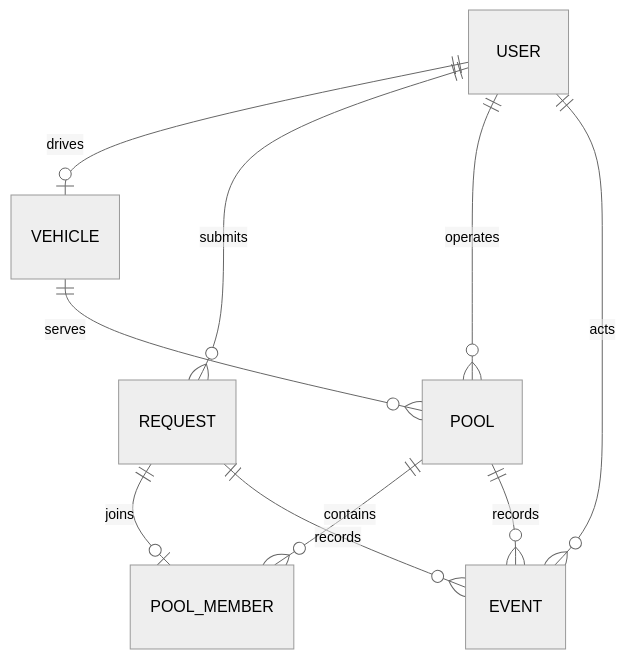
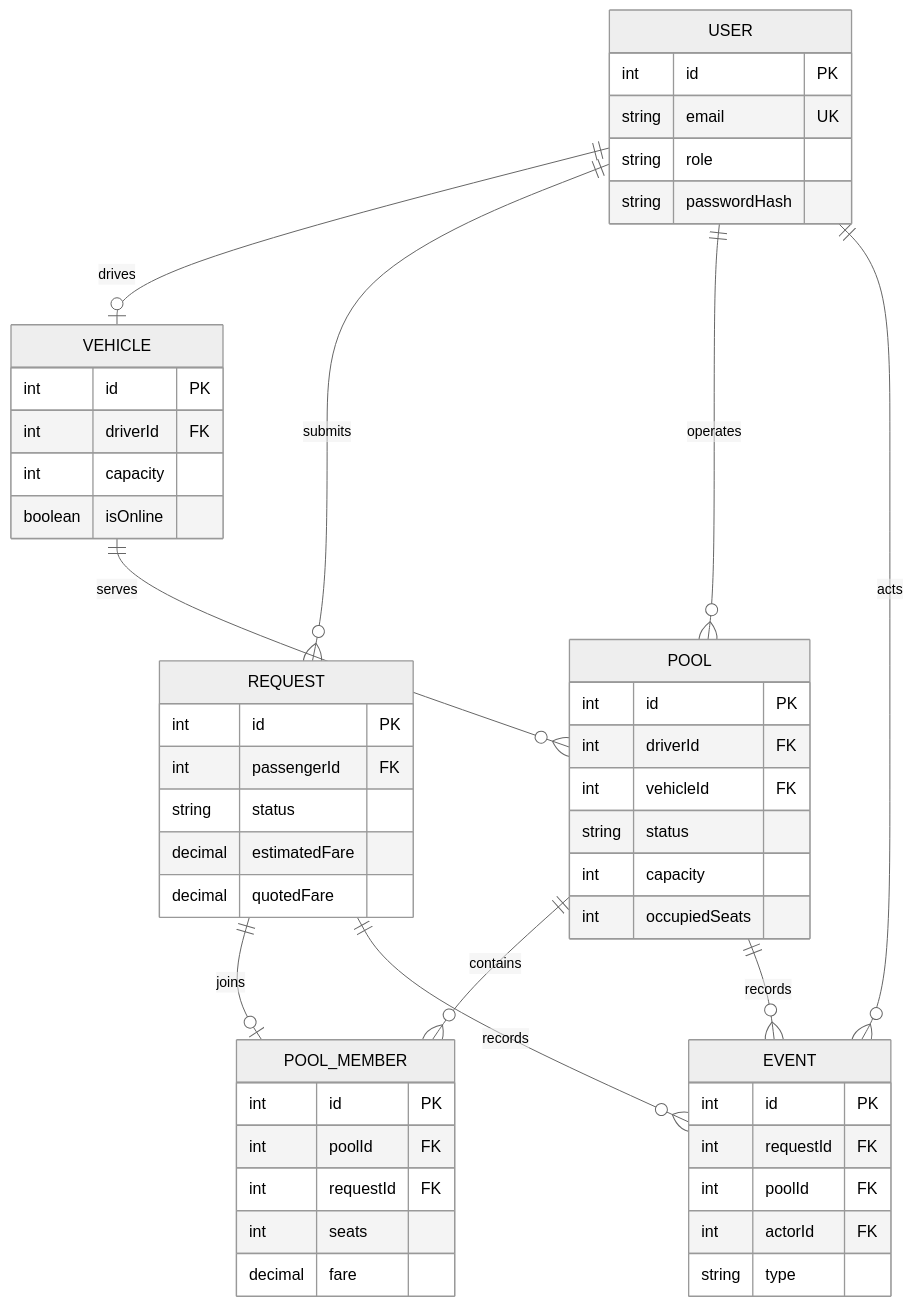
Before and after one commit to AtifChy/dhaka-tesla: the second of 2 diagrams in README.md, drawn with Mermaid (neutral theme). The commit also changed other lines of this file and 9 other files, not shown here.

````diff
--- a/README.md
+++ b/README.md
@@ -29,12 +32,54 @@
 ```mermaid
 erDiagram
   USER ||--o| VEHICLE : drives
   USER ||--o{ REQUEST : submits
   USER ||--o{ POOL : operates
   USER ||--o{ EVENT : acts
   VEHICLE ||--o{ POOL : serves
   POOL ||--o{ POOL_MEMBER : contains
   REQUEST ||--o| POOL_MEMBER : joins
   REQUEST ||--o{ EVENT : records
   POOL ||--o{ EVENT : records
+
+  USER {
+    int id PK
+    string email UK
+    string role
+    string passwordHash
+  }
+  VEHICLE {
+    int id PK
+    int driverId FK
+    int capacity
+    boolean isOnline
+  }
+  REQUEST {
+    int id PK
+    int passengerId FK
+    string status
+    decimal estimatedFare
+    decimal quotedFare
+  }
+  POOL {
+    int id PK
+    int driverId FK
+    int vehicleId FK
+    string status
+    int capacity
+    int occupiedSeats
+  }
+  POOL_MEMBER {
+    int id PK
+    int poolId FK
+    int requestId FK
+    int seats
+    decimal fare
+  }
+  EVENT {
+    int id PK
+    int requestId FK
+    int poolId FK
+    int actorId FK
+    string type
+  }
 ```
````
